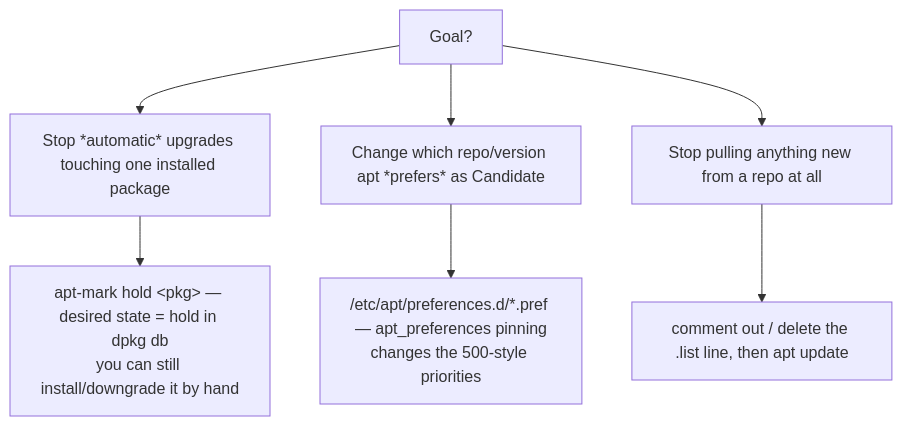
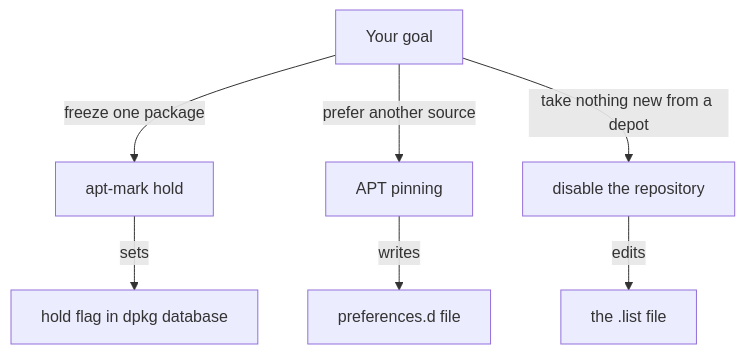
Before and after one commit to astrona-io/ATS002: the diagram in sections/section-050/module-01/course-03-exact-version-and-hold.md, drawn with Mermaid. The commit also changed other lines of this file and 615 other files, not shown here.

````diff
--- a/sections/section-050/module-01/course-03-exact-version-and-hold.md
+++ b/sections/section-050/module-01/course-03-exact-version-and-hold.md
@@ -37,9 +43,9 @@
 ```mermaid
-flowchart TD
-    Q["Goal?"] --> H["Stop *automatic* upgrades touching one installed package"]
-    Q --> P["Change which repo/version apt *prefers* as Candidate"]
-    Q --> D["Stop pulling anything new from a repo at all"]
-    H --> HM["apt-mark hold &lt;pkg&gt; — desired state = hold in dpkg db<br/>you can still install/downgrade it by hand"]
-    P --> PM["/etc/apt/preferences.d/*.pref — apt_preferences pinning<br/>changes the 500-style priorities"]
-    D --> DM["comment out / delete the .list line, then apt update"]
+flowchart TB
+    Q["Your goal"] -->|"freeze one package"| H["apt-mark hold"]
+    Q -->|"prefer another source"| P["APT pinning"]
+    Q -->|"take nothing new from a depot"| D["disable the repository"]
+    H -->|"sets"| HM["hold flag in dpkg database"]
+    P -->|"writes"| PM["preferences.d file"]
+    D -->|"edits"| DM["the .list file"]
 ```
````
